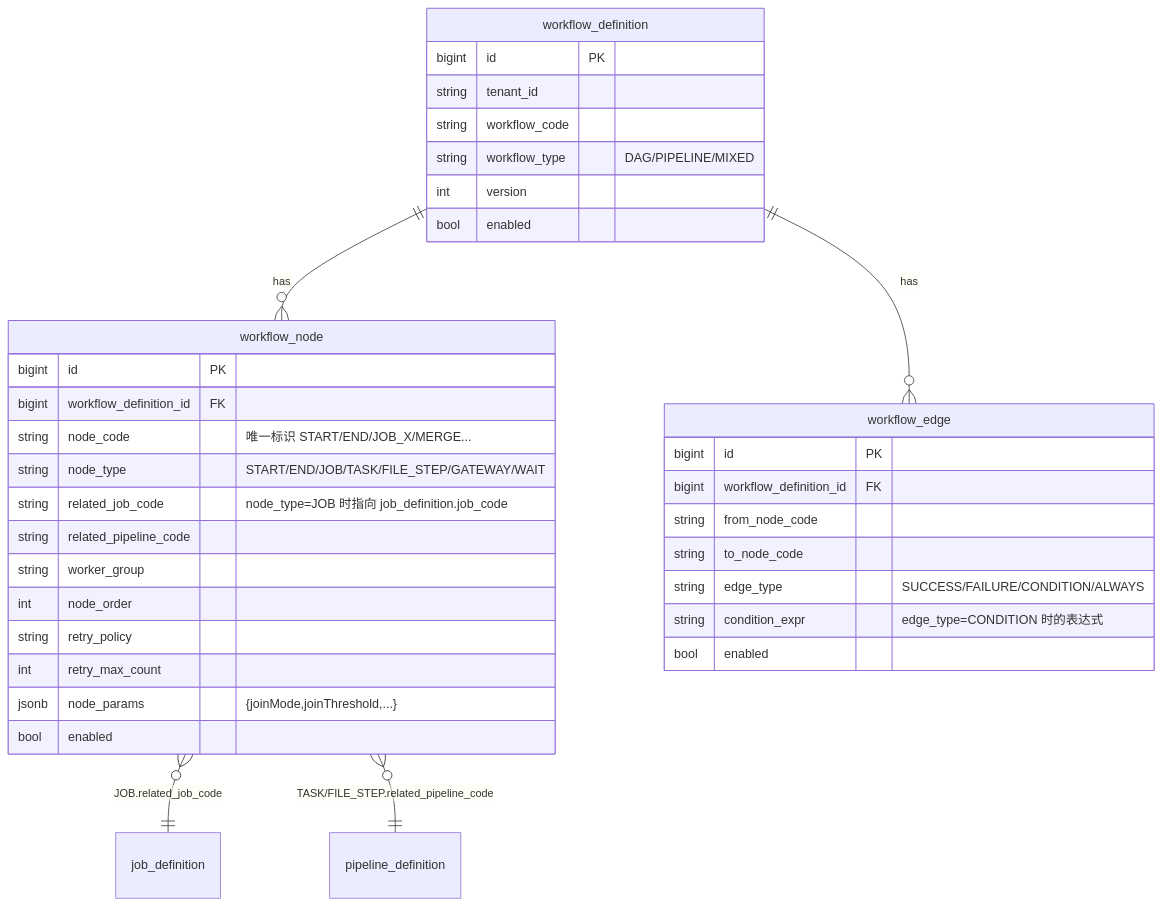
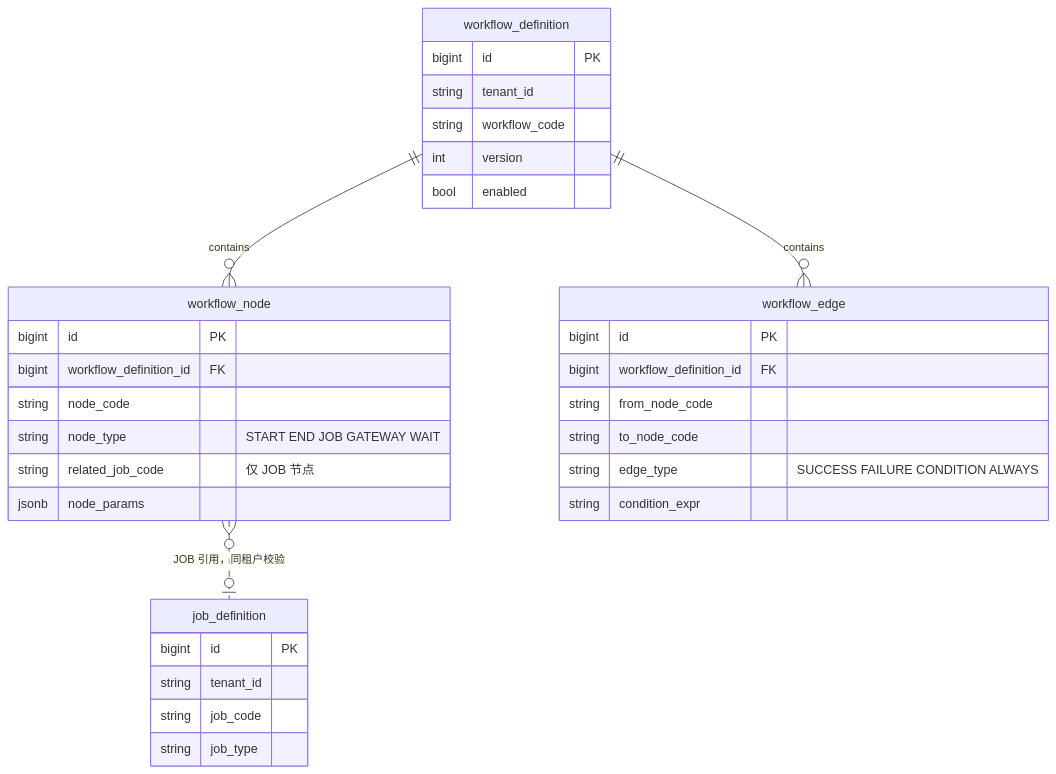
The second of 6 diagrams in docs/architecture/workflow-dependency-guide.md (pinpols/file-batch-system), drawn with Mermaid before and after one commit. The commit also changed other lines of this file and 5032 other files, not shown here.

````diff
--- a/docs/architecture/workflow-dependency-guide.md
+++ b/docs/architecture/workflow-dependency-guide.md
@@ -47,39 +53,36 @@
 ```mermaid
+%%{init: {"flowchart":{"curve":"linear","nodeSpacing":32,"rankSpacing":48},"sequence":{"mirrorActors":false}}}%%
 erDiagram
-  workflow_definition ||--o{ workflow_node : has
-  workflow_definition ||--o{ workflow_edge : has
-  workflow_node }o--|| job_definition : "JOB.related_job_code"
-  workflow_node }o--|| pipeline_definition : "TASK/FILE_STEP.related_pipeline_code"
-
+  workflow_definition ||--o{ workflow_node : contains
+  workflow_definition ||--o{ workflow_edge : contains
+  workflow_node }o..o| job_definition : "JOB 引用，同租户校验"
   workflow_definition {
     bigint id PK
     string tenant_id
     string workflow_code
-    string workflow_type "DAG/PIPELINE/MIXED"
-    int    version
-    bool   enabled
+    int version
+    bool enabled
   }
   workflow_node {
     bigint id PK
     bigint workflow_definition_id FK
-    string node_code "唯一标识 START/END/JOB_X/MERGE..."
-    string node_type "START/END/JOB/TASK/FILE_STEP/GATEWAY/WAIT"
-    string related_job_code "node_type=JOB 时指向 job_definition.job_code"
-    string related_pipeline_code
-    string worker_group
-    int    node_order
-    string retry_policy
-    int    retry_max_count
-    jsonb  node_params "{joinMode,joinThreshold,...}"
-    bool   enabled
+    string node_code
+    string node_type "START END JOB GATEWAY WAIT"
+    string related_job_code "仅 JOB 节点"
+    jsonb node_params
   }
   workflow_edge {
     bigint id PK
     bigint workflow_definition_id FK
     string from_node_code
     string to_node_code
-    string edge_type "SUCCESS/FAILURE/CONDITION/ALWAYS"
-    string condition_expr "edge_type=CONDITION 时的表达式"
-    bool   enabled
+    string edge_type "SUCCESS FAILURE CONDITION ALWAYS"
+    string condition_expr
+  }
+  job_definition {
+    bigint id PK
+    string tenant_id
+    string job_code
+    string job_type
   }
 ```
````
